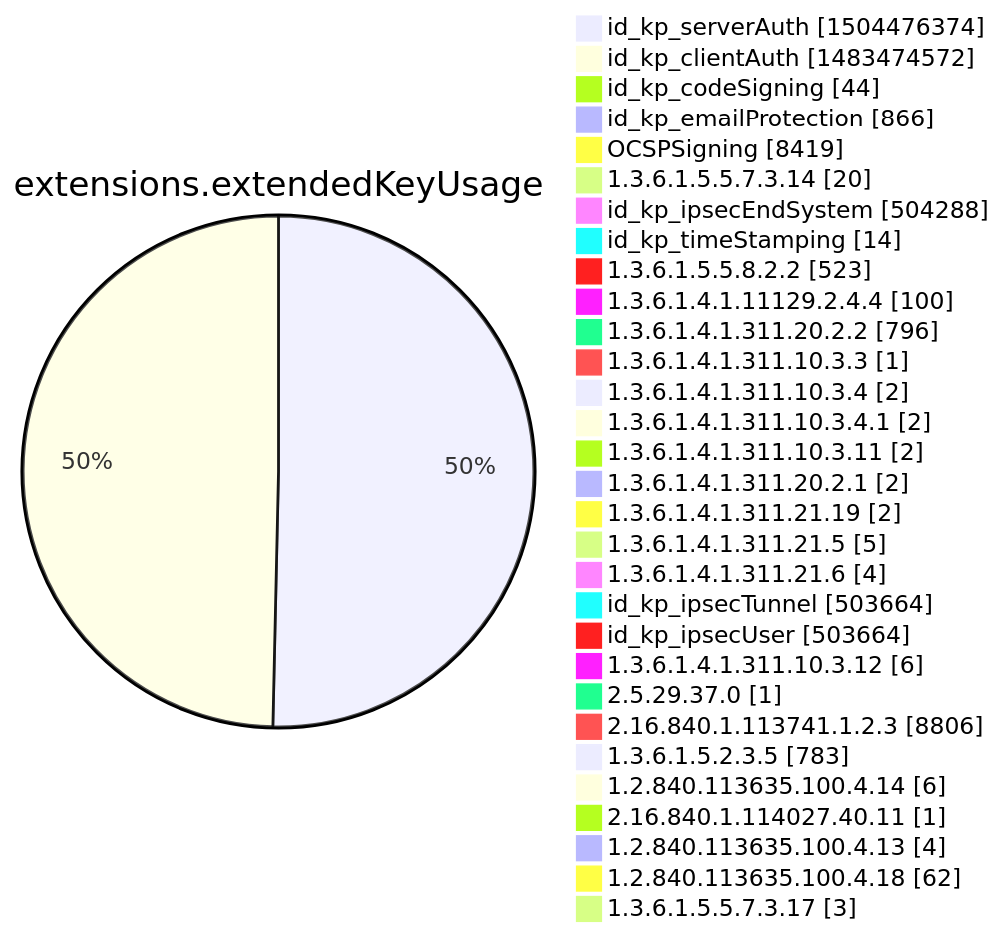
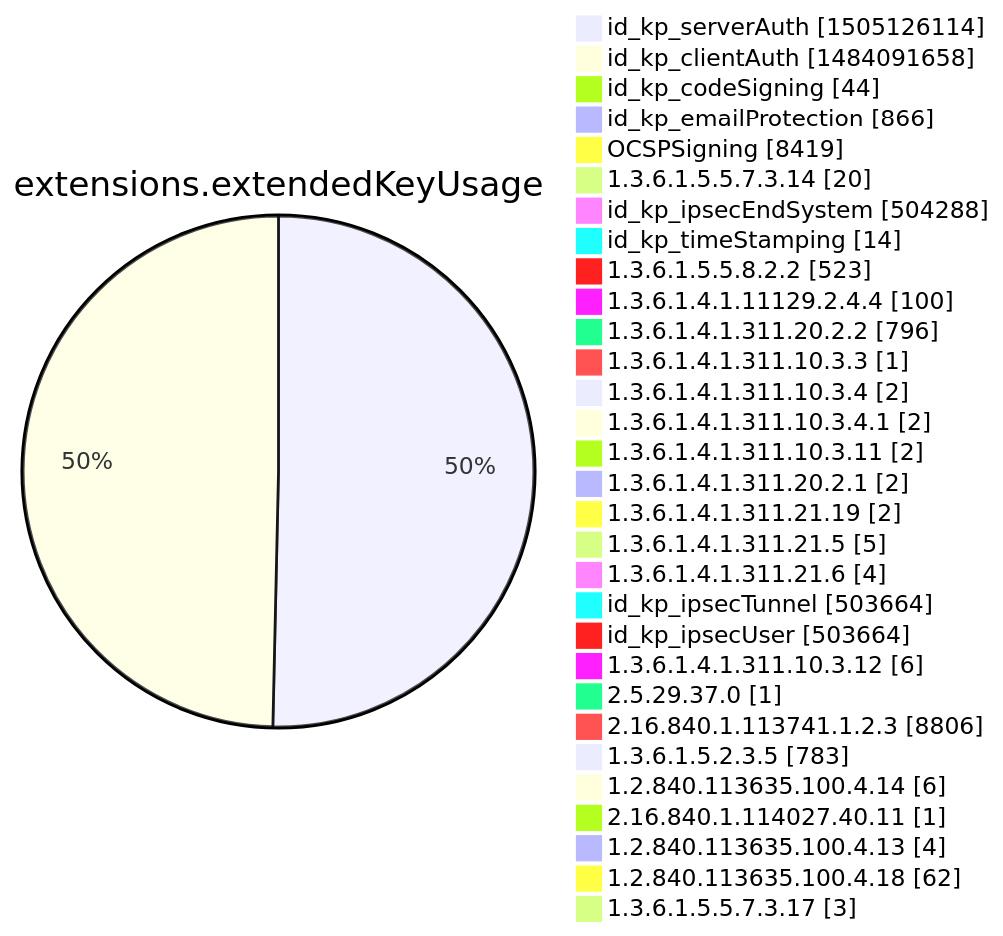
One commit to christiankrug/ctmonitor_visualization changed diagram 12 of 15 in argon2022/README.md. Above: the diagram before and after it, drawn with Mermaid. The commit also changed other lines of this file, not shown here.

````diff
--- a/argon2022/README.md
+++ b/argon2022/README.md
@@ -3555,34 +3555,34 @@
 ```mermaid
 pie showData
 title extensions.extendedKeyUsage
-"id_kp_serverAuth" :1504476374
-"id_kp_clientAuth" :1483474572
+"id_kp_serverAuth" :1505126114
+"id_kp_clientAuth" :1484091658
 "id_kp_codeSigning" :44
 "id_kp_emailProtection" :866
 "OCSPSigning" :8419
 "1.3.6.1.5.5.7.3.14" :20
 "id_kp_ipsecEndSystem" :504288
 "id_kp_timeStamping" :14
 "1.3.6.1.5.5.8.2.2" :523
 "1.3.6.1.4.1.11129.2.4.4" :100
 "1.3.6.1.4.1.311.20.2.2" :796
 "1.3.6.1.4.1.311.10.3.3" :1
 "1.3.6.1.4.1.311.10.3.4" :2
 "1.3.6.1.4.1.311.10.3.4.1" :2
 "1.3.6.1.4.1.311.10.3.11" :2
 "1.3.6.1.4.1.311.20.2.1" :2
 "1.3.6.1.4.1.311.21.19" :2
 "1.3.6.1.4.1.311.21.5" :5
 "1.3.6.1.4.1.311.21.6" :4
 "id_kp_ipsecTunnel" :503664
 "id_kp_ipsecUser" :503664
 "1.3.6.1.4.1.311.10.3.12" :6
 "2.5.29.37.0" :1
 "2.16.840.1.113741.1.2.3" :8806
 "1.3.6.1.5.2.3.5" :783
 "1.2.840.113635.100.4.14" :6
 "2.16.840.1.114027.40.11" :1
 "1.2.840.113635.100.4.13" :4
 "1.2.840.113635.100.4.18" :62
 "1.3.6.1.5.5.7.3.17" :3
 ```
````
